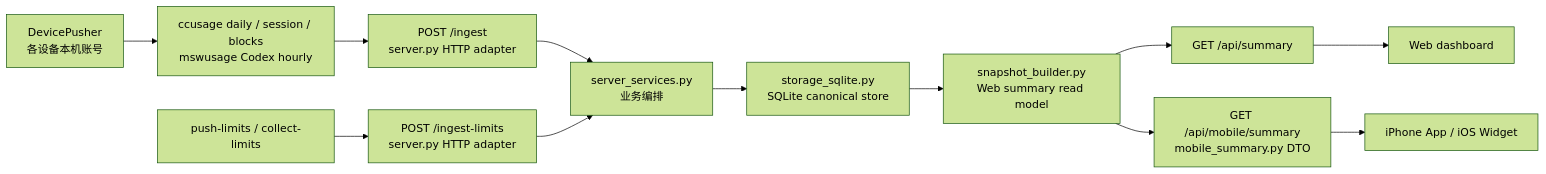
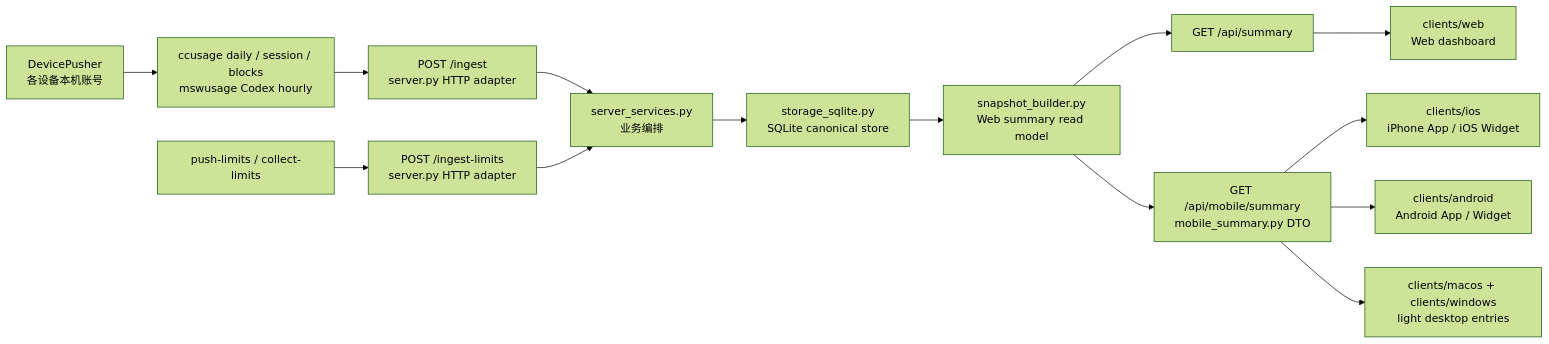
The diagram in docs/architecture/architecture.md (Moshuiwang/aiusage), drawn with Mermaid (forest theme) before and after one commit. The commit also changed other lines of this file and 16 other files, not shown here.

````diff
--- a/docs/architecture/architecture.md
+++ b/docs/architecture/architecture.md
@@ -9,14 +9,16 @@
 ```mermaid
 flowchart LR
     device["DevicePusher<br/>各设备本机账号"] --> collect["ccusage daily / session / blocks<br/>mswusage Codex hourly"]
     collect --> ingest["POST /ingest<br/>server.py HTTP adapter"]
     limits["push-limits / collect-limits"] --> ingestLimits["POST /ingest-limits<br/>server.py HTTP adapter"]
     ingest --> services["server_services.py<br/>业务编排"]
     ingestLimits --> services
     services --> storage["storage_sqlite.py<br/>SQLite canonical store"]
     storage --> snapshot["snapshot_builder.py<br/>Web summary read model"]
     snapshot --> webApi["GET /api/summary"]
     snapshot --> mobileApi["GET /api/mobile/summary<br/>mobile_summary.py DTO"]
-    webApi --> dashboard["Web dashboard"]
-    mobileApi --> iphone["iPhone App / iOS Widget"]
+    webApi --> dashboard["clients/web<br/>Web dashboard"]
+    mobileApi --> iphone["clients/ios<br/>iPhone App / iOS Widget"]
+    mobileApi --> android["clients/android<br/>Android App / Widget"]
+    mobileApi --> desktop["clients/macos + clients/windows<br/>light desktop entries"]
 ```
````
